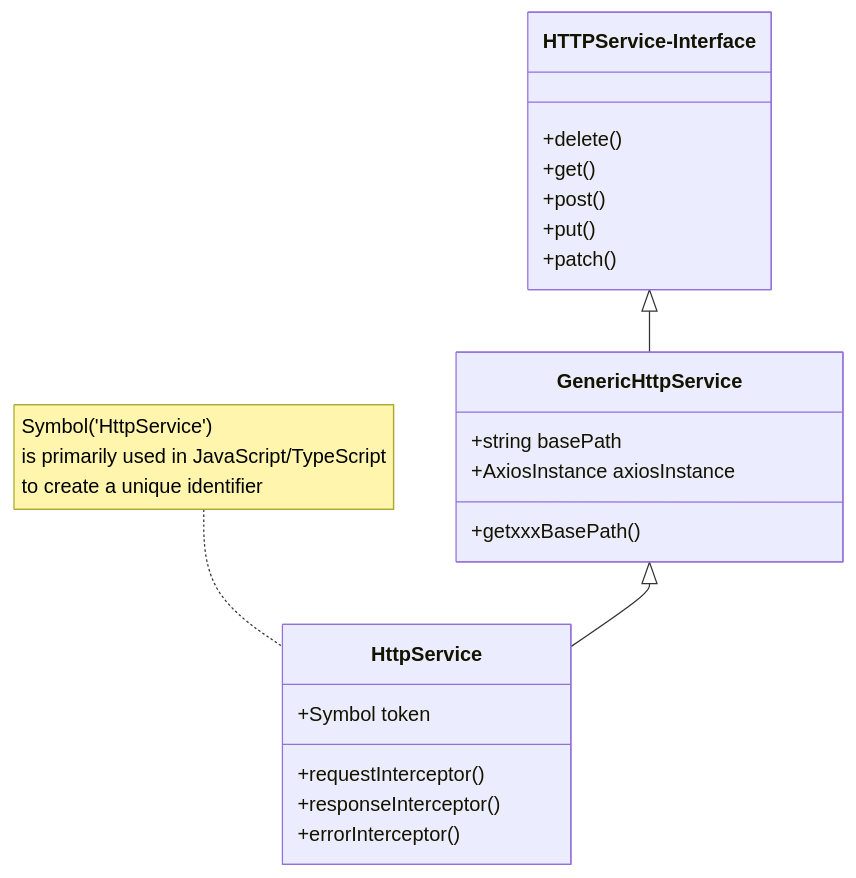
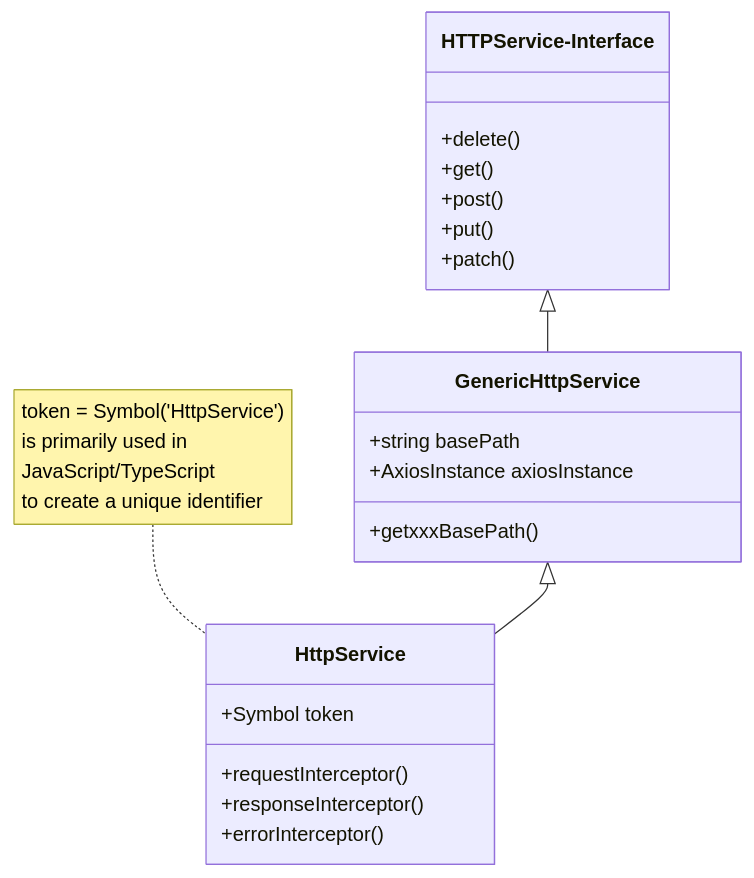
One commit to honggzb/Study-General changed the diagram in React/Third-party-lib/tsyringe+axios/readme.md. Above: the diagram before and after it, drawn with Mermaid.

Commit message:
Update note for HttpService with token clarification

````diff
--- a/React/Third-party-lib/tsyringe+axios/readme.md
+++ b/React/Third-party-lib/tsyringe+axios/readme.md
@@ -21,23 +21,23 @@
 ```mermaid
 classDiagram
     HTTPService-Interface: +delete()
     HTTPService-Interface: +get()
     HTTPService-Interface: +post()
     HTTPService-Interface: +put()
     HTTPService-Interface: +patch()
     HTTPService-Interface <|-- GenericHttpService
     GenericHttpService <|--HttpService
     class GenericHttpService{
       +string basePath
       +AxiosInstance axiosInstance
       +getxxxBasePath()
         
     }
-    note for HttpService "Symbol('HttpService') <br>is primarily used in JavaScript/TypeScript <br>to create a unique identifier"
+    note for HttpService "token = Symbol('HttpService') <br>is primarily used in <br>JavaScript/TypeScript<br> to create a unique identifier"
     class HttpService{
         +Symbol token
         +requestInterceptor()
         +responseInterceptor()
         +errorInterceptor()
     }
 ```
````
